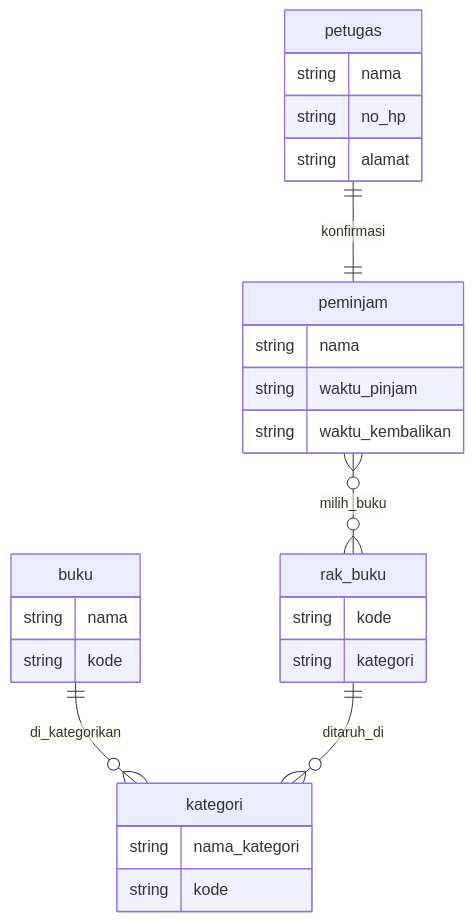
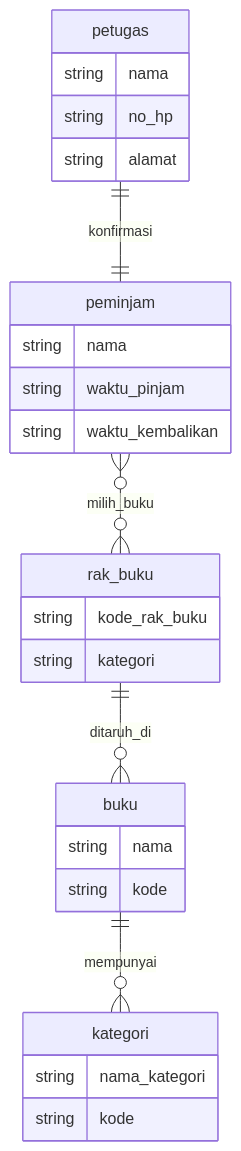
The diagram in database1.md (abdullah-fikri/koda-b4-db1), drawn with Mermaid before and after one commit. The commit also changed 1 other file, not shown here.

Commit message:
fix: normalisasi table with 1nf

````diff
--- a/database1.md
+++ b/database1.md
@@ -1,33 +1,33 @@
 ```mermaid
 erDiagram
    buku {
         string nama
         string kode
     }
 
     kategori {
         string nama_kategori
         string kode
     }
 
     rak_buku {
-        string kode
+        string kode_rak_buku
         string kategori
     }
     petugas {
         string nama
         string no_hp
         string alamat
     }
     peminjam {
         string nama
         string waktu_pinjam
         string waktu_kembalikan
     }
 
-    buku ||--o{ kategori : di_kategorikan
-    rak_buku ||--o{ kategori : ditaruh_di
+    buku ||--o{ kategori : mempunyai
+    rak_buku ||--o{ buku : ditaruh_di
     peminjam }O --o{ rak_buku : milih_buku
     petugas || -- || peminjam : konfirmasi
 
 ```
````
